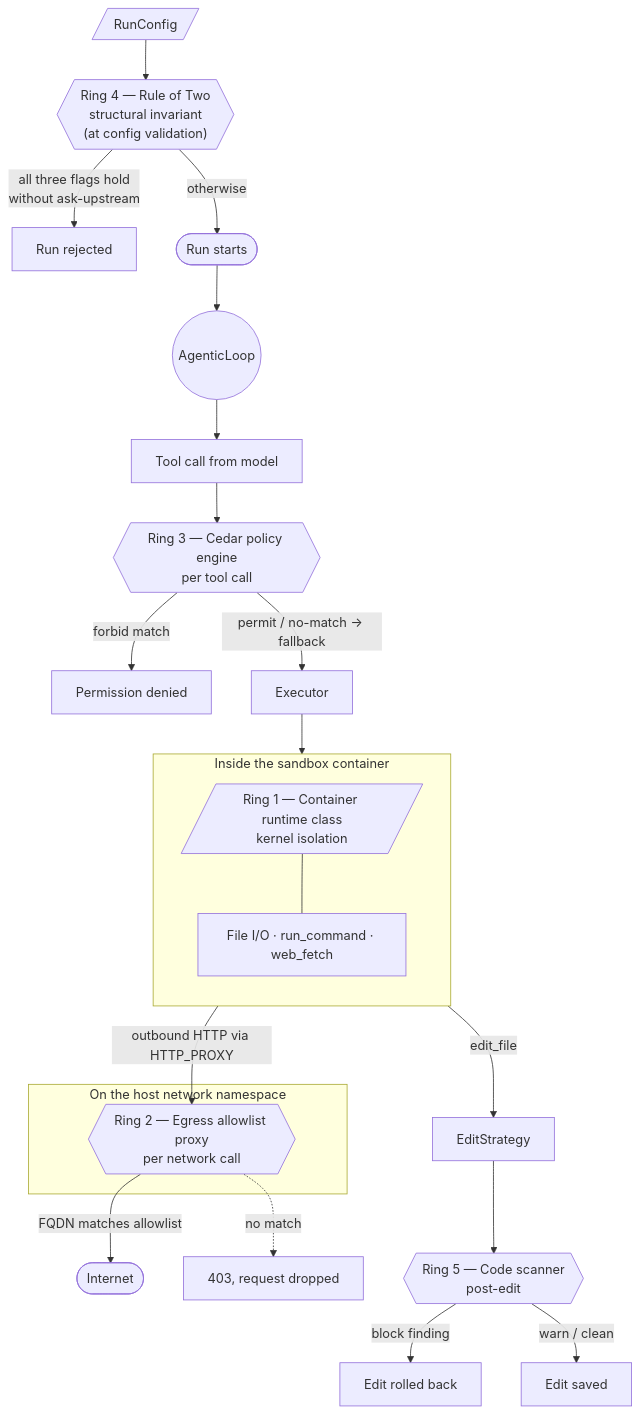
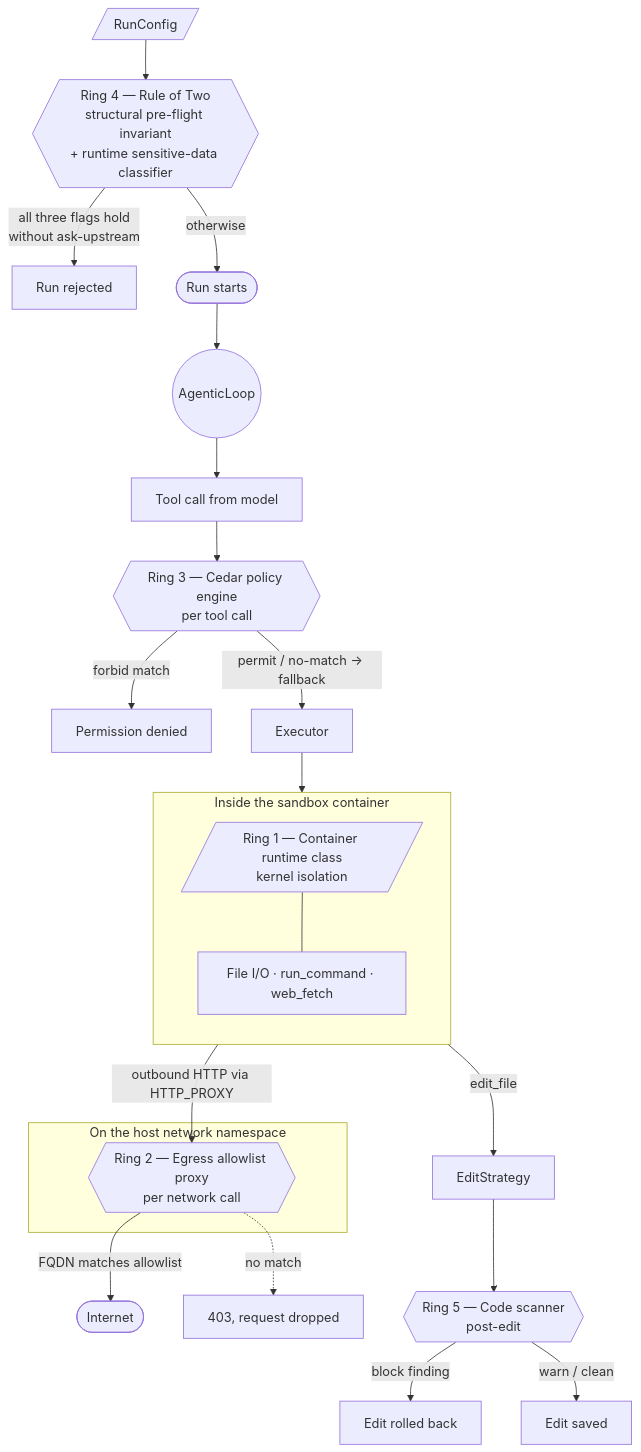
The first of 5 diagrams in docs/safety-rings.md (rxbynerd/stirrup), drawn with Mermaid before and after one commit. The commit also changed other lines of this file, not shown here.

````diff
--- a/docs/safety-rings.md
+++ b/docs/safety-rings.md
@@ -71,33 +71,33 @@
 ```mermaid
 flowchart TB
   Cfg[/RunConfig/]
-  Cfg --> R4{{"Ring 4 — Rule of Two<br/>structural invariant<br/>(at config validation)"}}
+  Cfg --> R4{{"Ring 4 — Rule of Two<br/>structural pre-flight invariant<br/>+ runtime sensitive-data classifier"}}
   R4 -->|all three flags hold<br/>without ask-upstream| Reject[Run rejected]
   R4 -->|otherwise| RunStart([Run starts])
 
   RunStart --> Loop((AgenticLoop))
   Loop --> Tool[Tool call from model]
   Tool --> R3{{"Ring 3 — Cedar policy engine<br/>per tool call"}}
   R3 -->|forbid match| Deny[Permission denied]
   R3 -->|permit / no-match → fallback| Exec[Executor]
 
   subgraph Container["Inside the sandbox container"]
     direction TB
     R1[/"Ring 1 — Container runtime class<br/>kernel isolation"/]
     Op[File I/O · run_command · web_fetch]
     R1 --- Op
   end
   Exec --> Container
 
   subgraph HostNetns["On the host network namespace"]
     R2{{"Ring 2 — Egress allowlist proxy<br/>per network call"}}
   end
   Op -->|outbound HTTP via HTTP_PROXY| R2
   R2 -->|FQDN matches allowlist| Net([Internet])
   R2 -.->|no match| Drop[403, request dropped]
 
   Op -->|edit_file| Edit[EditStrategy]
   Edit --> R5{{"Ring 5 — Code scanner<br/>post-edit"}}
   R5 -->|block finding| Rollback[Edit rolled back]
   R5 -->|warn / clean| Saved[Edit saved]
 ```
````
